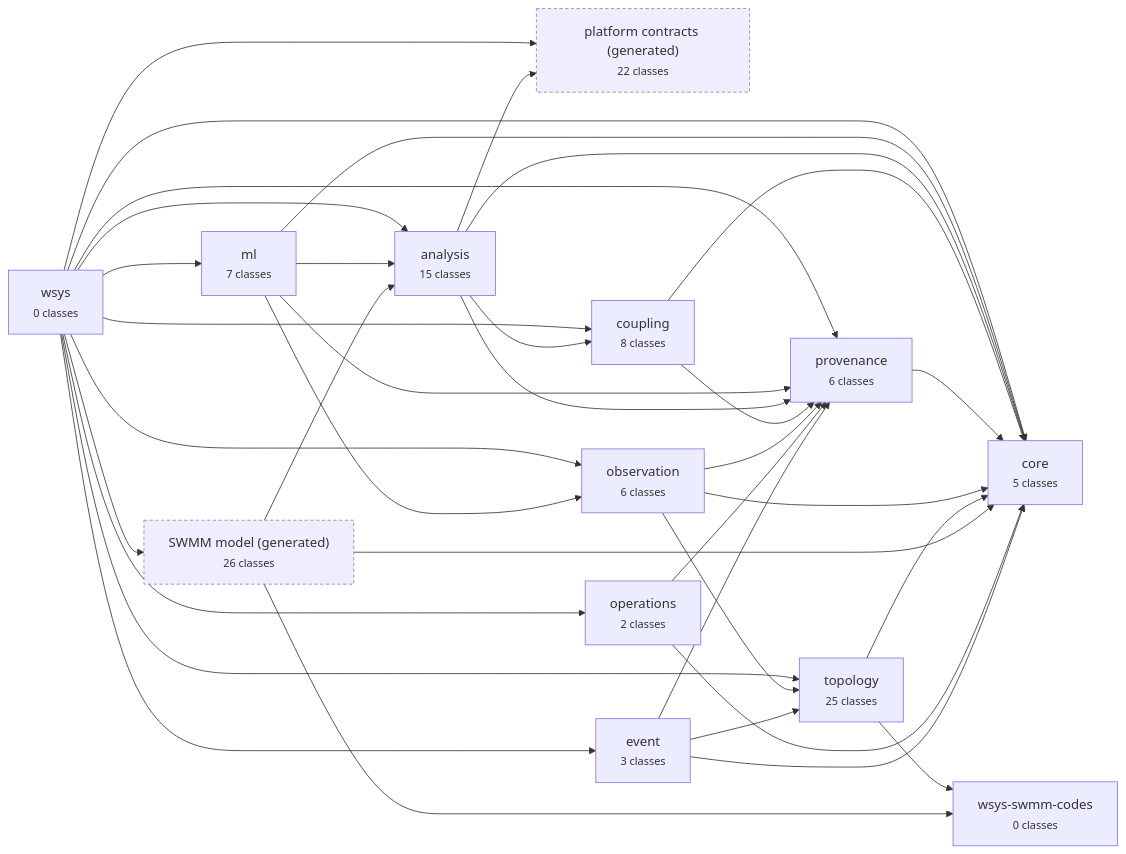
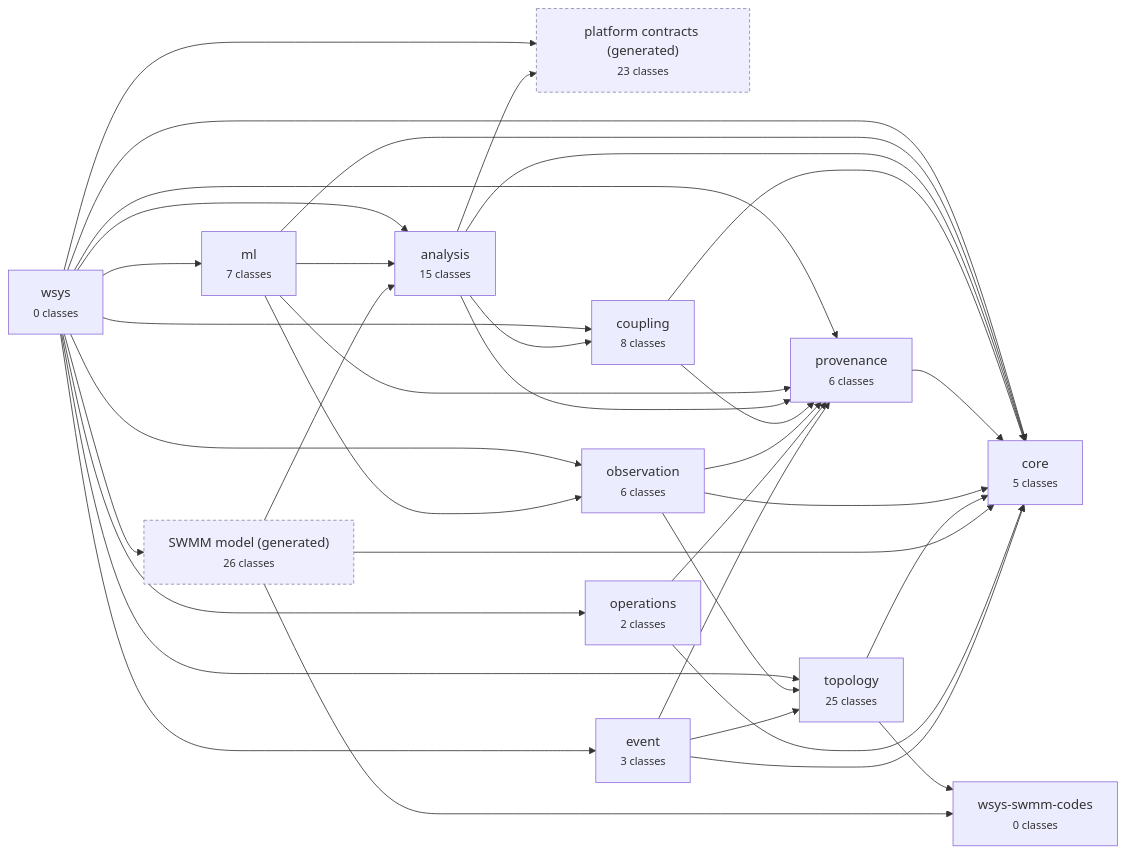
Before and after one commit to HydroCouple/water-ontology: the diagram in docs/diagrams/modules.md, drawn with Mermaid. The commit also changed 8 other files, not shown here.

First line of the commit message:
Re-vendor the platform schemas at aa08dc6: derived revisions and study manifests

````diff
--- a/docs/diagrams/modules.md
+++ b/docs/diagrams/modules.md
@@ -5,52 +5,52 @@
 ```mermaid
 flowchart LR
   wsys["wsys<br/><small>0 classes</small>"]
   wsys_ml["ml<br/><small>7 classes</small>"]
   wsys_analysis["analysis<br/><small>15 classes</small>"]
-  wsys_analysis_platform["platform contracts (generated)<br/><small>22 classes</small>"]:::gen
+  wsys_analysis_platform["platform contracts (generated)<br/><small>23 classes</small>"]:::gen
   wsys_coupling["coupling<br/><small>8 classes</small>"]
   wsys_provenance["provenance<br/><small>6 classes</small>"]
   wsys_core["core<br/><small>5 classes</small>"]
   wsys_observation["observation<br/><small>6 classes</small>"]
   wsys_topology["topology<br/><small>25 classes</small>"]
   wsys_swmm_codes["wsys-swmm-codes<br/><small>0 classes</small>"]
   wsys_model["SWMM model (generated)<br/><small>26 classes</small>"]:::gen
   wsys_operations["operations<br/><small>2 classes</small>"]
   wsys_event["event<br/><small>3 classes</small>"]
   wsys --> wsys_core
   wsys --> wsys_provenance
   wsys --> wsys_topology
   wsys --> wsys_observation
   wsys --> wsys_event
   wsys --> wsys_operations
   wsys --> wsys_coupling
   wsys --> wsys_analysis_platform
   wsys --> wsys_analysis
   wsys --> wsys_model
   wsys --> wsys_ml
   wsys_ml --> wsys_core
   wsys_ml --> wsys_provenance
   wsys_ml --> wsys_observation
   wsys_ml --> wsys_analysis
   wsys_analysis --> wsys_core
   wsys_analysis --> wsys_provenance
   wsys_analysis --> wsys_coupling
   wsys_analysis --> wsys_analysis_platform
   wsys_coupling --> wsys_core
   wsys_coupling --> wsys_provenance
   wsys_provenance --> wsys_core
   wsys_observation --> wsys_core
   wsys_observation --> wsys_provenance
   wsys_observation --> wsys_topology
   wsys_topology --> wsys_core
   wsys_topology --> wsys_swmm_codes
   wsys_model --> wsys_core
   wsys_model --> wsys_analysis
   wsys_model --> wsys_swmm_codes
   wsys_operations --> wsys_core
   wsys_operations --> wsys_provenance
   wsys_event --> wsys_core
   wsys_event --> wsys_provenance
   wsys_event --> wsys_topology
   classDef gen fill:#eef,stroke:#88a,stroke-dasharray: 4 3;
 ```
````
